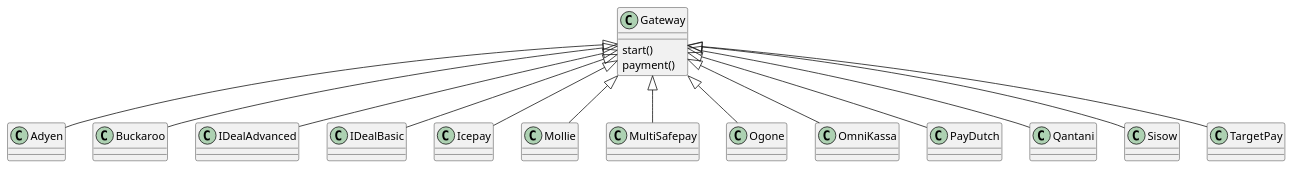
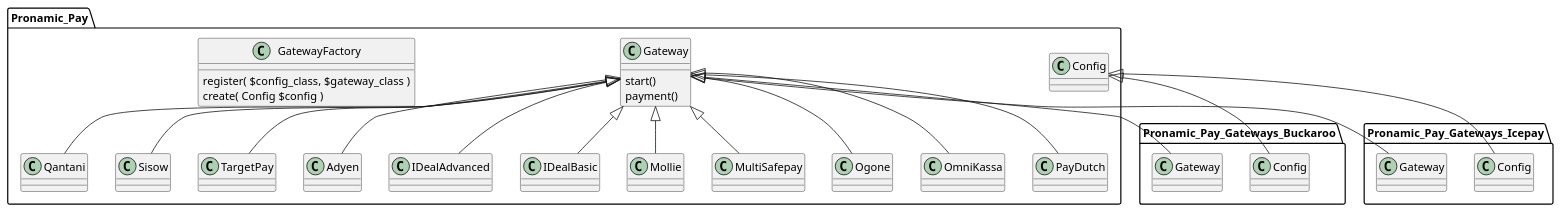
Before and after one commit to pronamic/wp-pronamic-pay: the diagram in documentation/gateways.plantuml, drawn with PlantUML. The commit also changed 5 other files, not shown here.

Commit message:
Updated the UML.

```diff
--- a/documentation/gateways.plantuml
+++ b/documentation/gateways.plantuml
@@ -1,22 +1,57 @@
 @startuml
 
-class Gateway {
-	start()
-	payment()
+namespace Pronamic_Pay {
+	class Gateway {
+		start()
+		payment()
+	}
+	
+	class Config {
+	
+	}
+	
+	class GatewayFactory {
+		register( $config_class, $gateway_class )
+		create( Config $config )
+	}
+	
+	Gateway <|-- Adyen
+	Gateway <|-- IDealAdvanced
+	Gateway <|-- IDealBasic
+	Gateway <|-- Mollie
+	Gateway <|-- MultiSafepay
+	Gateway <|-- Ogone
+	Gateway <|-- OmniKassa
+	Gateway <|-- PayDutch
+	Gateway <|-- Qantani
+	Gateway <|-- Sisow
+	Gateway <|-- TargetPay
 }
 
-Gateway <|-- Adyen
-Gateway <|-- Buckaroo
-Gateway <|-- IDealAdvanced
-Gateway <|-- IDealBasic
-Gateway <|-- Icepay
-Gateway <|-- Mollie
-Gateway <|-- MultiSafepay
-Gateway <|-- Ogone
-Gateway <|-- OmniKassa
-Gateway <|-- PayDutch
-Gateway <|-- Qantani
-Gateway <|-- Sisow
-Gateway <|-- TargetPay
+namespace Pronamic_Pay_Gateways_Buckaroo {
+	class Gateway {
+	
+	}
+	
+	class Config {
+	
+	}
+	
+	Pronamic_Pay.Gateway <|-- Gateway
+	Pronamic_Pay.Config <|-- Config
+}
+
+namespace Pronamic_Pay_Gateways_Icepay {
+	class Gateway {
+	
+	}
+	
+	class Config {
+	
+	}
+	
+	Pronamic_Pay.Gateway <|-- Gateway
+	Pronamic_Pay.Config <|-- Config
+}
 
 @enduml
```
